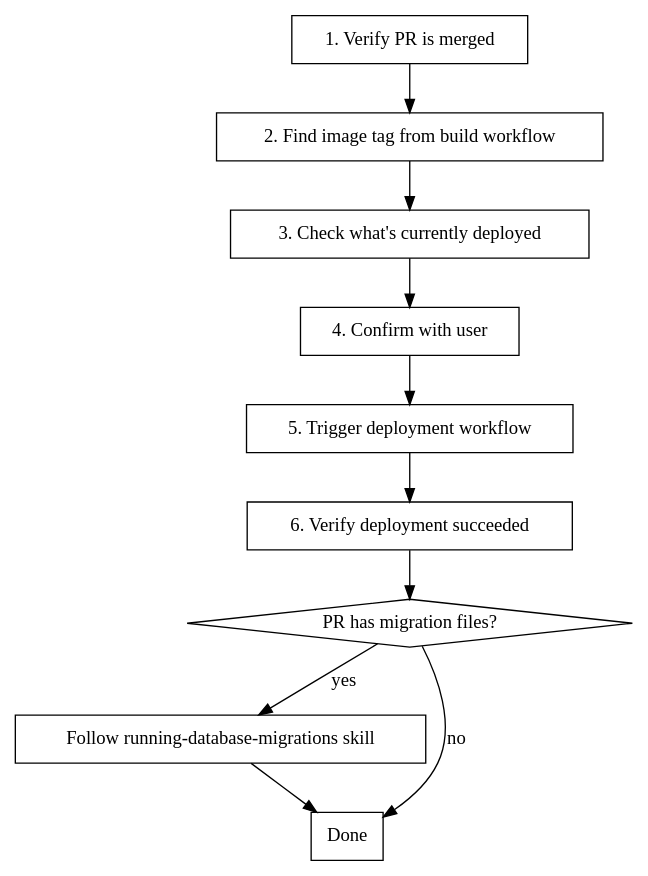
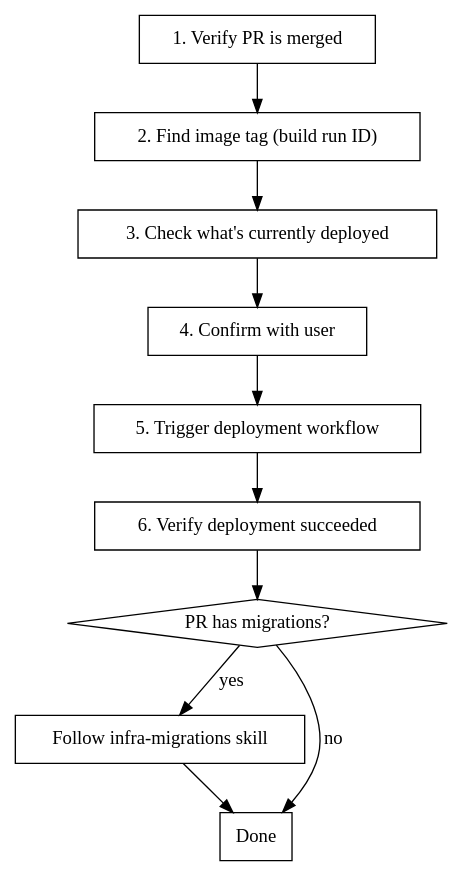
Before and after one commit to weorbitant/ai-dev-kit-pgi: the diagram in skills/infra-deploy/SKILL.md, drawn with Graphviz. The commit also changed other lines of this file and 7 other files, not shown here.

````diff
--- a/skills/infra-deploy/SKILL.md
+++ b/skills/infra-deploy/SKILL.md
@@ -35,22 +25,20 @@
 ```dot
 digraph deploy {
     rankdir=TB;
     node [shape=box];
-
     verify_merged [label="1. Verify PR is merged"];
-    find_image [label="2. Find image tag from build workflow"];
+    find_image [label="2. Find image tag (build run ID)"];
     check_deployed [label="3. Check what's currently deployed"];
     confirm [label="4. Confirm with user"];
     deploy [label="5. Trigger deployment workflow"];
     verify_deploy [label="6. Verify deployment succeeded"];
-    has_migrations [label="PR has migration files?" shape=diamond];
-    run_migrations [label="Follow running-database-migrations skill"];
+    has_migrations [label="PR has migrations?" shape=diamond];
+    run_migrations [label="Follow infra-migrations skill"];
     done [label="Done"];
-
     verify_merged -> find_image -> check_deployed -> confirm -> deploy -> verify_deploy;
     verify_deploy -> has_migrations;
     has_migrations -> run_migrations [label="yes"];
     has_migrations -> done [label="no"];
     run_migrations -> done;
 }
 ```
````
